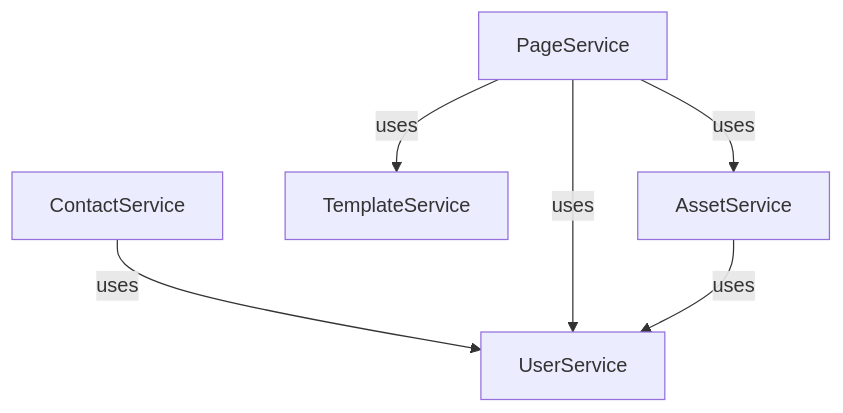
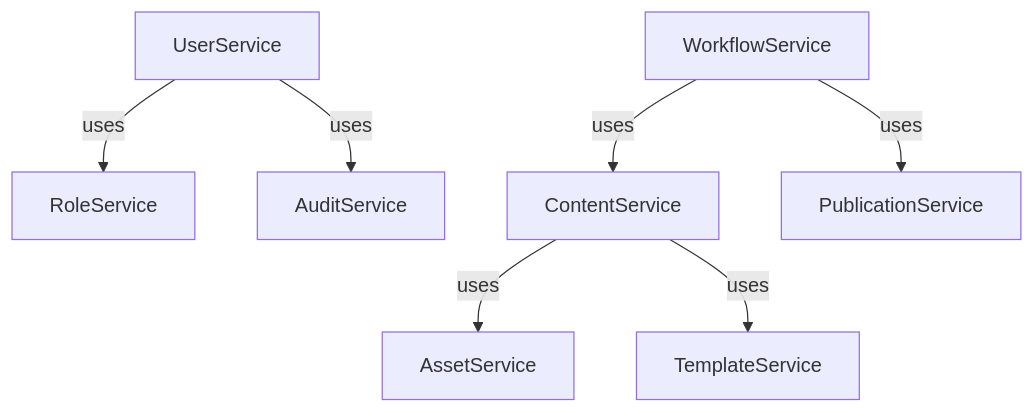
The first of 2 diagrams in aidocs/MDG.md (crafted-by-art/webjetcms), drawn with Mermaid before and after one commit. The commit also changed other lines of this file, not shown here.

````diff
--- a/aidocs/MDG.md
+++ b/aidocs/MDG.md
@@ -91,8 +88,9 @@
-```mermaid
-graph TD
-  ContactService -->|uses| UserService
-  PageService -->|uses| UserService
-  PageService -->|uses| TemplateService
-  PageService -->|uses| AssetService
-  AssetService -->|uses| UserService
-```
+~~~mermaid
+flowchart TD
+  ContentService -->|uses| AssetService
+  ContentService -->|uses| TemplateService
+  UserService -->|uses| RoleService
+  UserService -->|uses| AuditService
+  WorkflowService -->|uses| ContentService
+  WorkflowService -->|uses| PublicationService
+~~~
````
